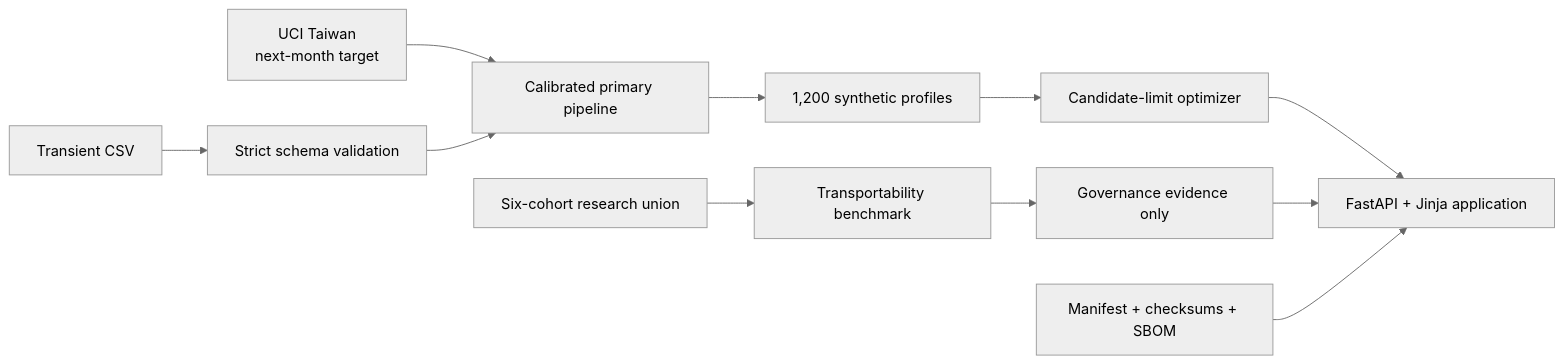
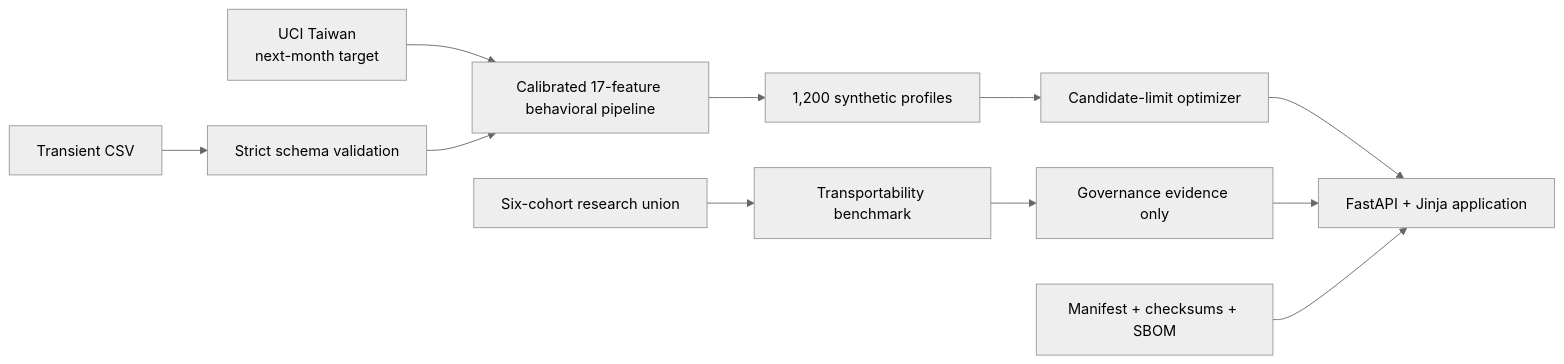
The diagram in README.md (Ghostboy789/limitiq-credit-line-optimization), drawn with Mermaid (neutral theme) before and after one commit. The commit also changed other lines of this file and 66 other files, not shown here.

````diff
--- a/README.md
+++ b/README.md
@@ -138,13 +141,13 @@
 ```mermaid
 flowchart LR
-  U[UCI Taiwan<br>next-month target] --> P[Calibrated primary pipeline]
+  U[UCI Taiwan<br>next-month target] --> P[Calibrated 17-feature behavioral pipeline]
   P --> D[1,200 synthetic profiles]
   D --> O[Candidate-limit optimizer]
   O --> W[FastAPI + Jinja application]
   C[Transient CSV] --> V[Strict schema validation]
   V --> P
   G[Six-cohort research union] --> R[Transportability benchmark]
   R --> Q[Governance evidence only]
   Q --> W
   M[Manifest + checksums + SBOM] --> W
 ```
````
